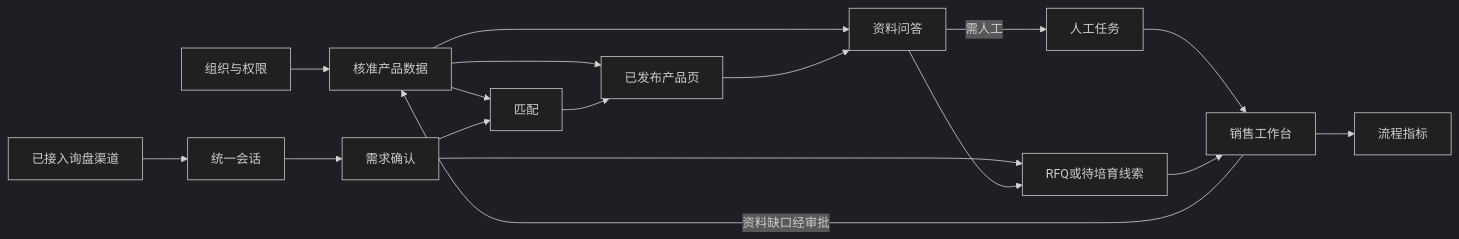
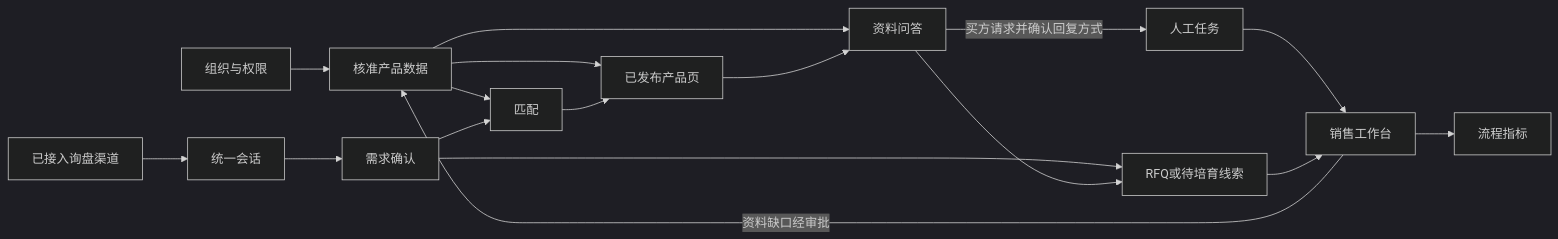
Before and after one commit to JiahaoShang/blinking-CB-water-pump-saas: the diagram in docs/V1-完整功能开发需求文档.md, drawn with Mermaid (dark theme). The commit also changed other lines of this file and 5 other files, not shown here.

````diff
--- a/docs/V1-完整功能开发需求文档.md
+++ b/docs/V1-完整功能开发需求文档.md
@@ -37,19 +37,19 @@
 ```mermaid
 flowchart LR
   Org[组织与权限] --> Data[核准产品数据]
   Data --> Page[已发布产品页]
   Data --> Match[匹配]
   Data --> QA[资料问答]
   Channels[已接入询盘渠道] --> Inbox[统一会话]
   Inbox --> Req[需求确认]
   Req --> Match
   Match --> Page
   Page --> QA
-  QA -- 需人工 --> Tasks[人工任务]
+  QA -- 买方请求并确认回复方式 --> Tasks[人工任务]
   Req --> RFQ[RFQ或待培育线索]
   QA --> RFQ
   Tasks --> Desk[销售工作台]
   RFQ --> Desk
   Desk --> Metrics[流程指标]
   Desk -- 资料缺口经审批 --> Data
 ```
````
